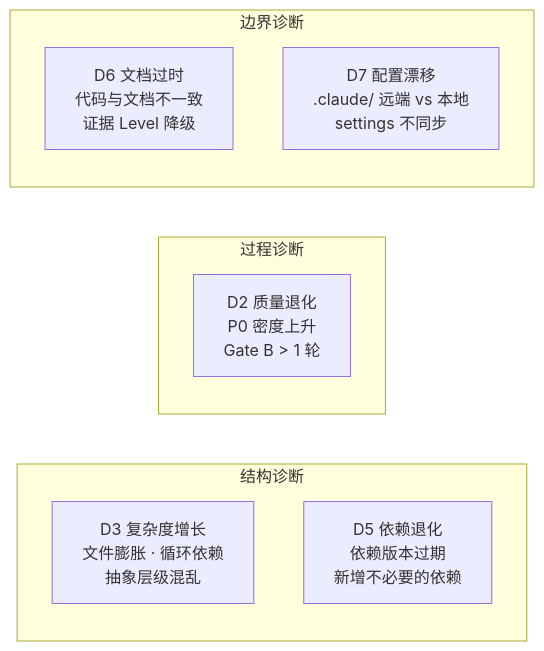
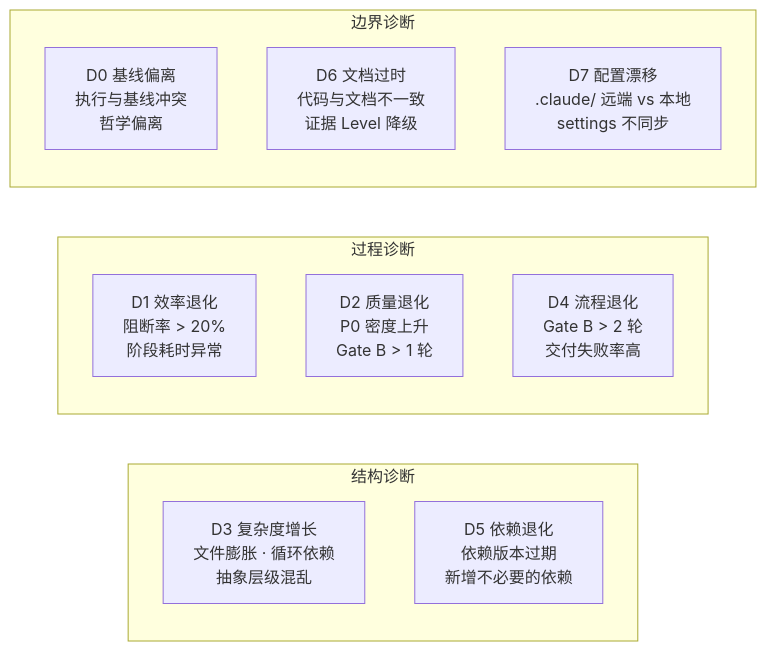
The third of 6 diagrams in agents/self-improve.md (effiy/YrY), drawn with Mermaid before and after one commit. The commit also changed other lines of this file and 99 other files, not shown here.

````diff
--- a/agents/self-improve.md
+++ b/agents/self-improve.md
@@ -108,19 +109,22 @@
 ```mermaid
 flowchart LR
     subgraph 结构["结构诊断"]
         direction TB
         D3["D3 复杂度增长<br/>文件膨胀 · 循环依赖<br/>抽象层级混乱"]:::diag
         D5["D5 依赖退化<br/>依赖版本过期<br/>新增不必要的依赖"]:::diag
     end
     subgraph 过程["过程诊断"]
         direction TB
+        D1["D1 效率退化<br/>阻断率 > 20%<br/>阶段耗时异常"]:::diag
         D2["D2 质量退化<br/>P0 密度上升<br/>Gate B > 1 轮"]:::diag
+        D4["D4 流程退化<br/>Gate B > 2 轮<br/>交付失败率高"]:::diag
     end
     subgraph 边界["边界诊断"]
         direction TB
+        D0["D0 基线偏离<br/>执行与基线冲突<br/>哲学偏离"]:::diag
         D6["D6 文档过时<br/>代码与文档不一致<br/>证据 Level 降级"]:::diag
         D7["D7 配置漂移<br/>.claude/ 远端 vs 本地<br/>settings 不同步"]:::diag
     end
 
 
 ```
````
